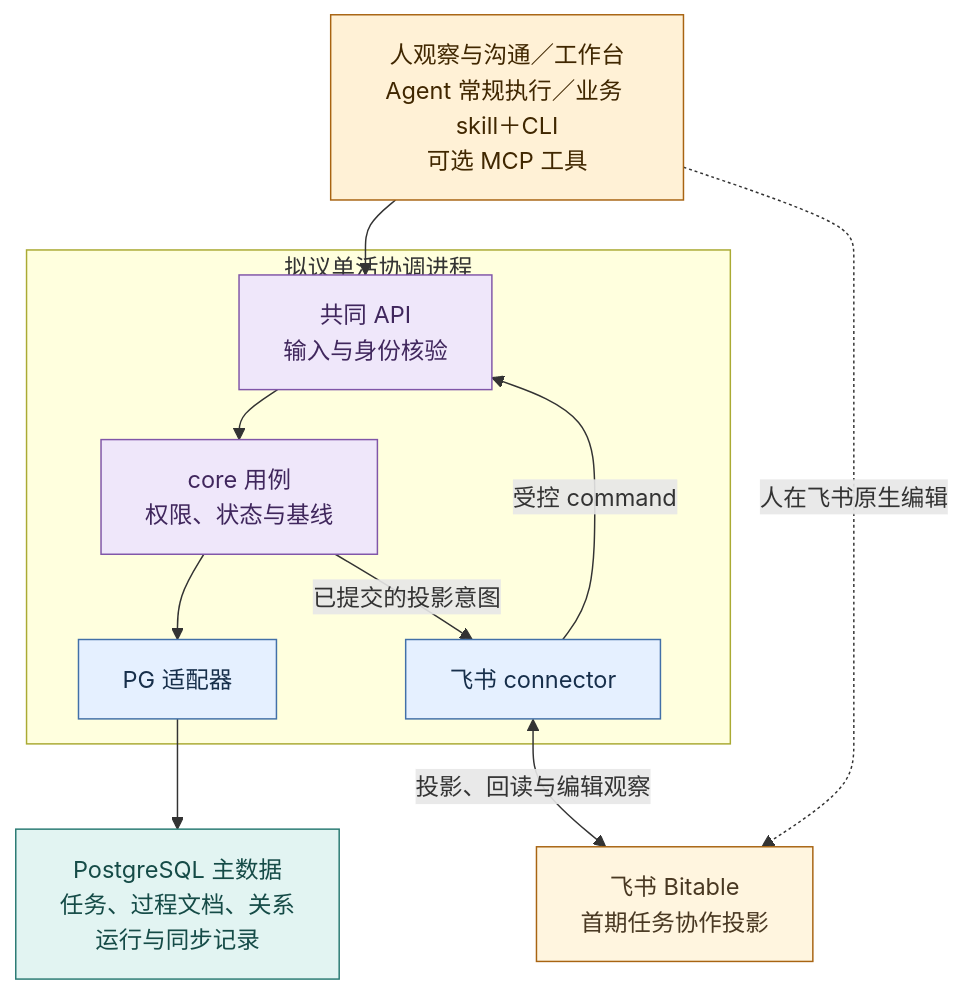
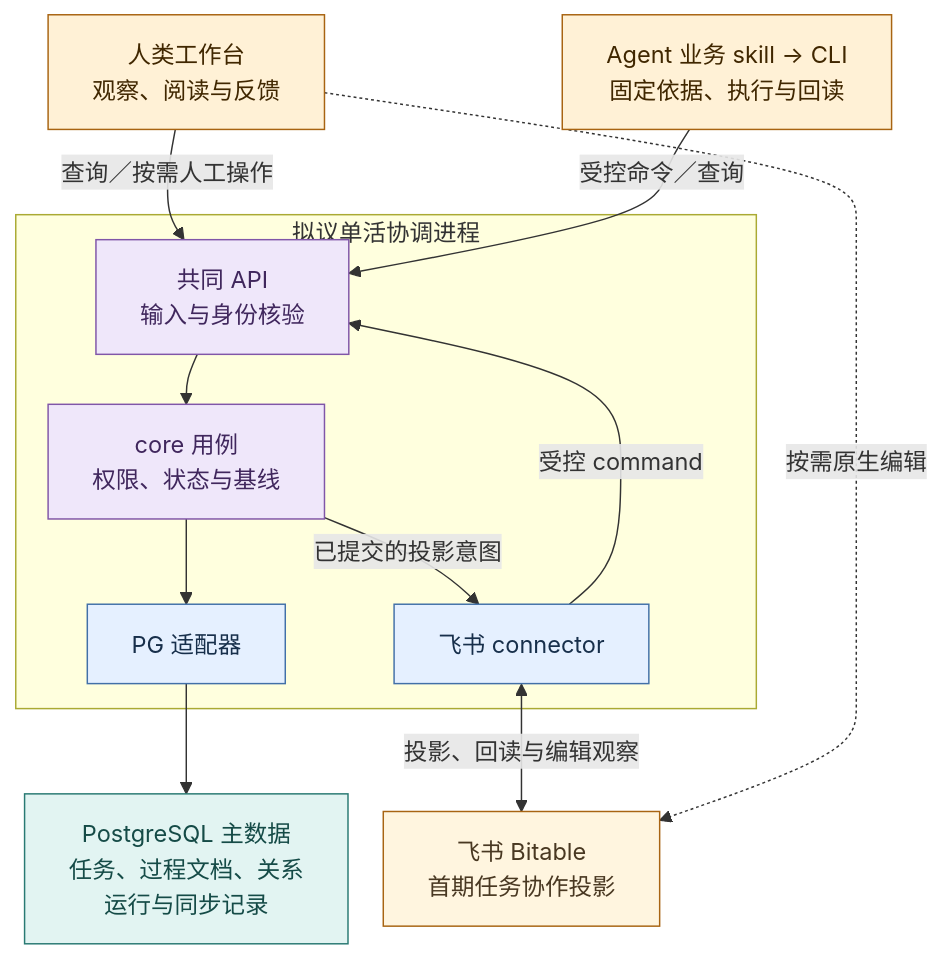
One commit to cyl19970726/evoLoop changed the first of 3 diagrams in docs/architecture/packages.md. Above: the diagram before and after it, drawn with Mermaid. The commit also changed other lines of this file and 20 other files, not shown here.

Commit message:
docs: align architecture with human workbench and Agent CLI

````diff
--- a/docs/architecture/packages.md
+++ b/docs/architecture/packages.md
@@ -30,19 +30,20 @@
 ```mermaid
 %%{init: {"flowchart":{"wrappingWidth":180,"nodeSpacing":24,"rankSpacing":34}}}%%
 flowchart TB
-  H["人观察与沟通／工作台<br/>Agent 常规执行／业务 skill＋CLI<br/>可选 MCP 工具"]:::entry --> A
+  H["人类工作台<br/>观察、阅读与反馈"]:::entry -->|查询／按需人工操作| A
+  E["Agent 业务 skill → CLI<br/>固定依据、执行与回读"]:::entry -->|受控命令／查询| A
   subgraph coordinator["拟议单活协调进程"]
     A["共同 API<br/>输入与身份核验"]:::core --> C["core 用例<br/>权限、状态与基线"]:::core
     C --> L["PG 适配器"]:::adapter
     C -->|已提交的投影意图| F["飞书 connector"]:::adapter
     F -->|受控 command| A
   end
   L --> DB["PostgreSQL 主数据<br/>任务、过程文档、关系<br/>运行与同步记录"]:::authority
   F <-->|投影、回读与编辑观察| FS["飞书 Bitable<br/>首期任务协作投影"]:::projection
-  H -.->|人在飞书原生编辑| FS
+  H -.->|按需原生编辑| FS
   classDef entry fill:#FFF1D6,stroke:#A86412,color:#402700
   classDef core fill:#EFE7FA,stroke:#8056A8,color:#40275D
   classDef adapter fill:#E5F0FF,stroke:#4270A8,color:#172F4B
   classDef authority fill:#E2F4F2,stroke:#297A73,color:#154B47
   classDef projection fill:#FFF5DF,stroke:#A86412,color:#493822
 ```
````
